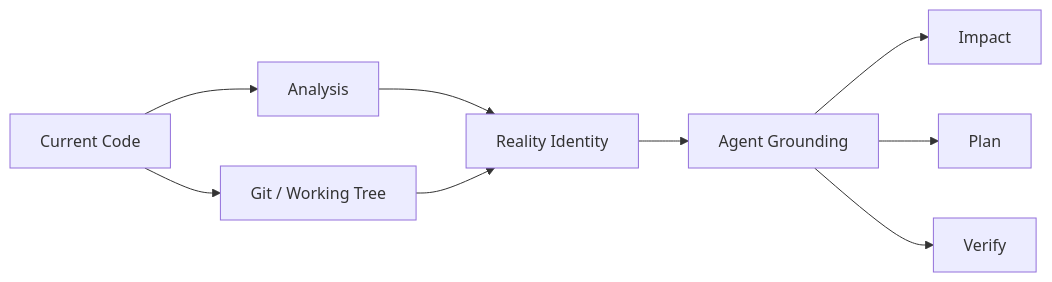
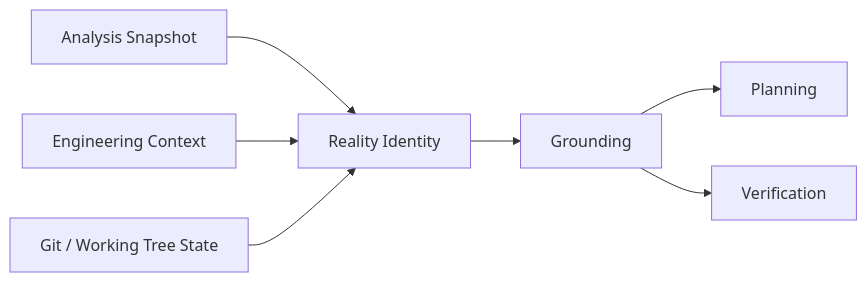
One commit to sonii-shivansh/CodeContext changed the second of 2 diagrams in docs/ARCHITECTURE.md. Above: the diagram before and after it, drawn with Mermaid. The commit also changed other lines of this file, not shown here.

Commit message:
docs: restructure architecture guide for v0.7.0

````diff
--- a/docs/ARCHITECTURE.md
+++ b/docs/ARCHITECTURE.md
@@ -92,11 +68,9 @@
 ```mermaid
 flowchart LR
-    A[Current Code] --> B[Analysis]
-    A --> C[Git / Working Tree]
-    B --> D[Reality Identity]
-    C --> D
-    D --> E[Agent Grounding]
-    E --> F[Impact]
-    E --> G[Plan]
-    E --> H[Verify]
+    A[Analysis Snapshot] --> R[Reality Identity]
+    C[Engineering Context] --> R
+    G[Git / Working Tree State] --> R
+    R --> E[Grounding]
+    E --> P[Planning]
+    E --> V[Verification]
 ```
````
